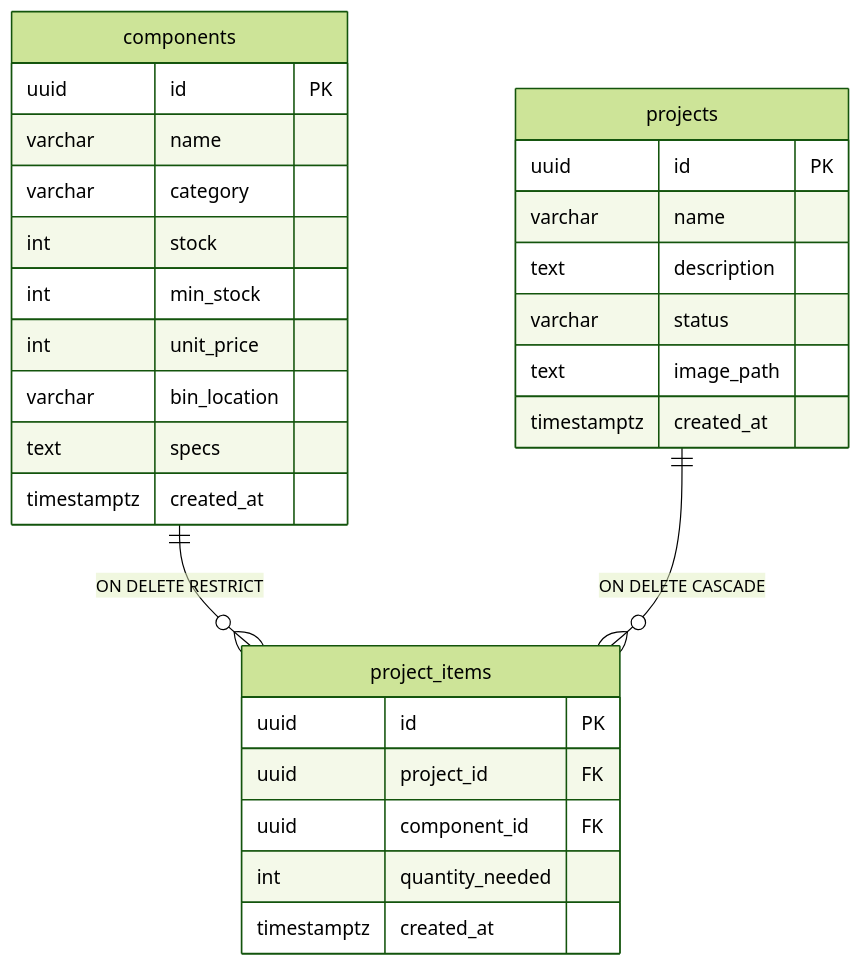
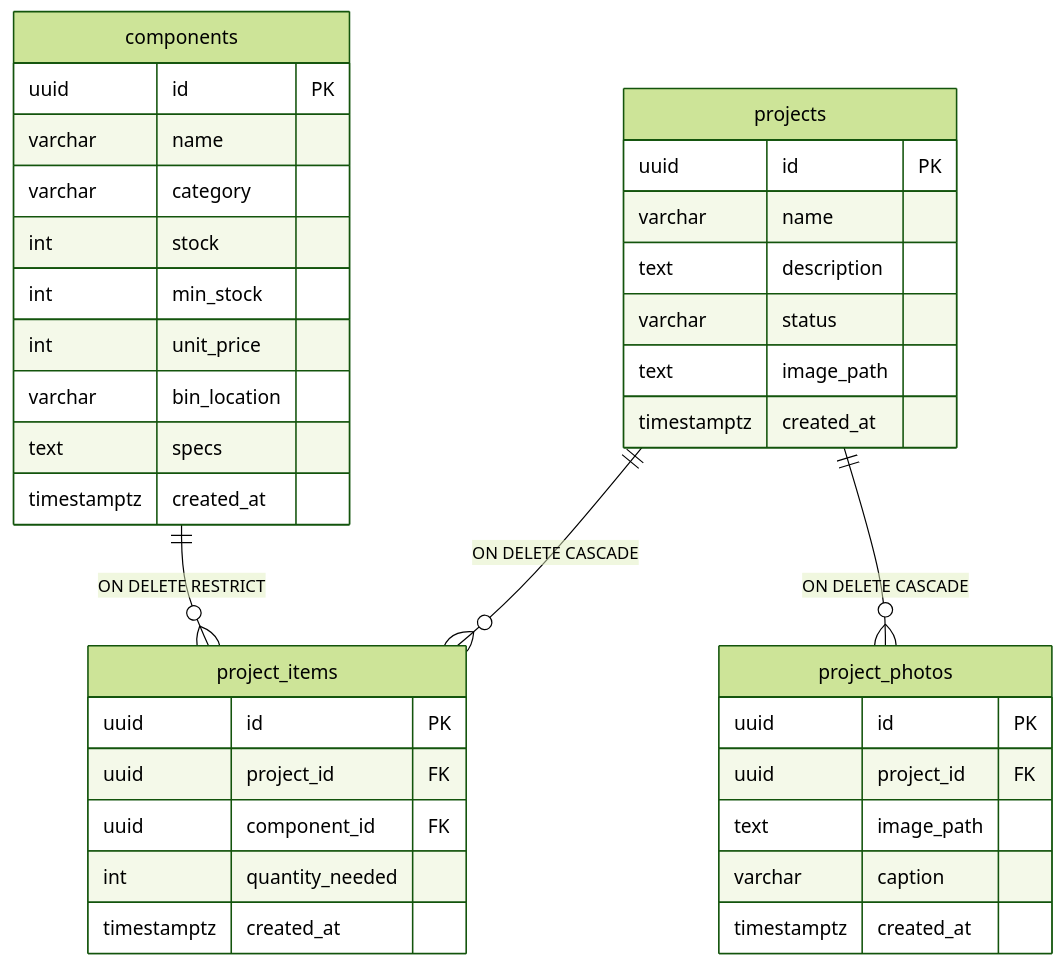
The second of 2 diagrams in README.md (RobertusWilliamSusanto/partsbin), drawn with Mermaid (forest theme) before and after one commit. The commit also changed other lines of this file, not shown here.

````diff
--- a/README.md
+++ b/README.md
@@ -62,34 +63,43 @@
 ```mermaid
 erDiagram
   components ||--o{ project_items : "ON DELETE RESTRICT"
   projects ||--o{ project_items : "ON DELETE CASCADE"
+  projects ||--o{ project_photos : "ON DELETE CASCADE"
 
   components {
     uuid id PK
     varchar name
     varchar category
     int stock
     int min_stock
     int unit_price
     varchar bin_location
     text specs
     timestamptz created_at
   }
 
   projects {
     uuid id PK
     varchar name
     text description
     varchar status
     text image_path
     timestamptz created_at
   }
 
   project_items {
     uuid id PK
     uuid project_id FK
     uuid component_id FK
     int quantity_needed
     timestamptz created_at
   }
+
+  project_photos {
+    uuid id PK
+    uuid project_id FK
+    text image_path
+    varchar caption
+    timestamptz created_at
+  }
 ```
````
